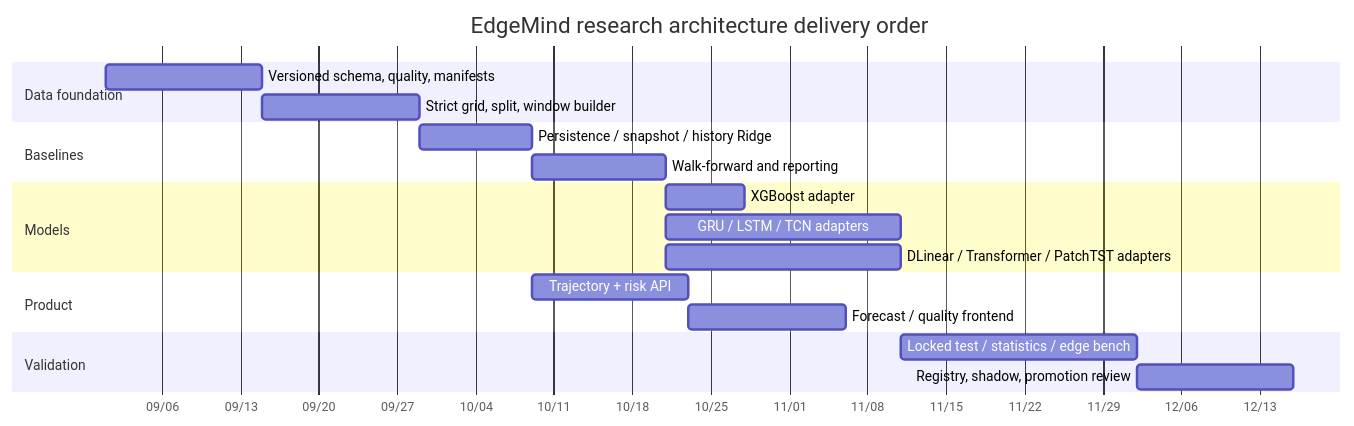
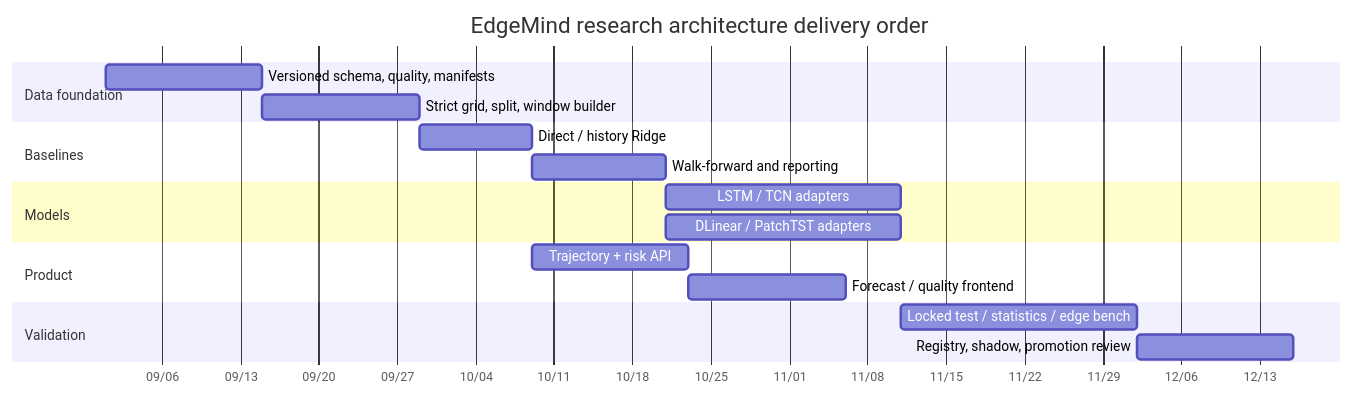
Before and after one commit to programmerKB/Edge-mind: the fifth of 5 diagrams in docs/SYSTEM_ARCHITECTURE.md, drawn with Mermaid. The commit also changed other lines of this file and 31 other files, not shown here.

````diff
--- a/docs/SYSTEM_ARCHITECTURE.md
+++ b/docs/SYSTEM_ARCHITECTURE.md
@@ -563,22 +563,21 @@
 ```mermaid
 gantt
     title EdgeMind research architecture delivery order
     dateFormat  YYYY-MM-DD
     axisFormat  %m/%d
     section Data foundation
     Versioned schema, quality, manifests      :a1, 2026-09-01, 14d
     Strict grid, split, window builder        :a2, after a1, 14d
     section Baselines
-    Persistence / snapshot / history Ridge    :b1, after a2, 10d
+    Direct / history Ridge                    :b1, after a2, 10d
     Walk-forward and reporting                :b2, after b1, 12d
     section Models
-    XGBoost adapter                           :c1, after b2, 7d
-    GRU / LSTM / TCN adapters                 :c2, after b2, 21d
-    DLinear / Transformer / PatchTST adapters :c3, after b2, 21d
+    LSTM / TCN adapters                       :c2, after b2, 21d
+    DLinear / PatchTST adapters               :c3, after b2, 21d
     section Product
     Trajectory + risk API                     :d1, after b1, 14d
     Forecast / quality frontend               :d2, after d1, 14d
     section Validation
     Locked test / statistics / edge bench     :e1, after c2, 21d
     Registry, shadow, promotion review        :e2, after e1, 14d
 ```
````
